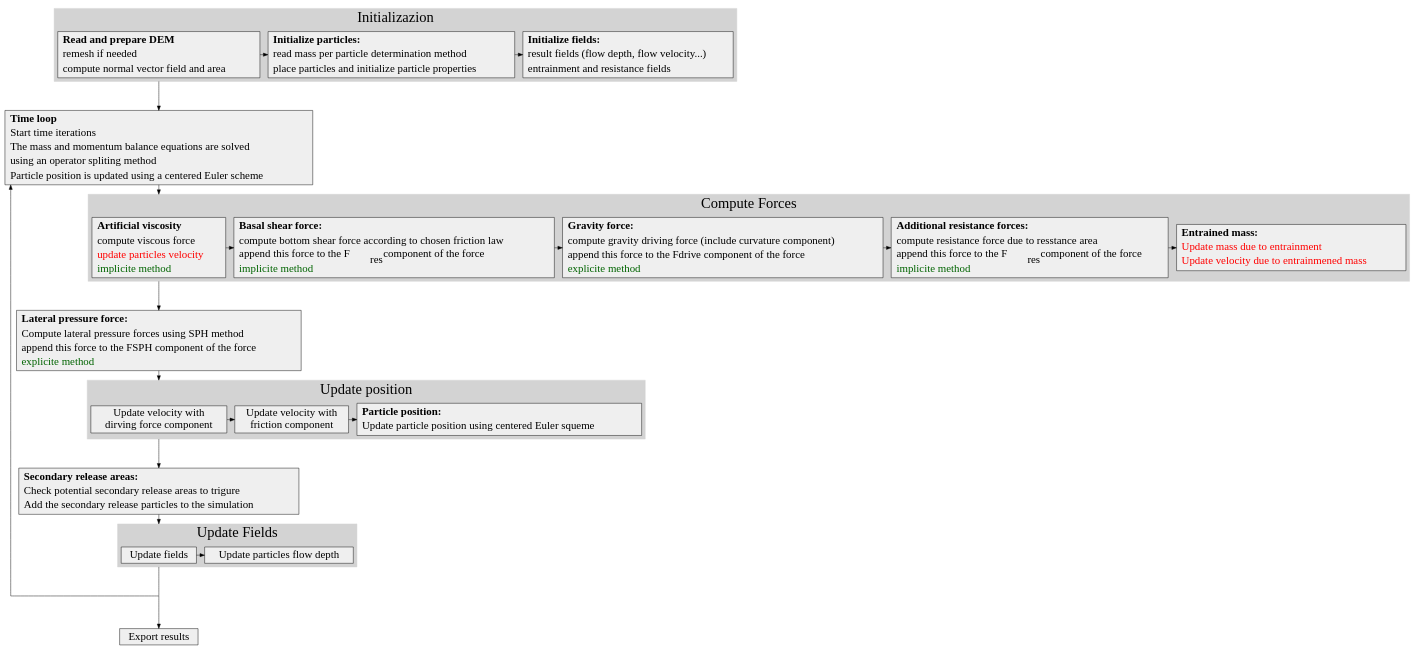
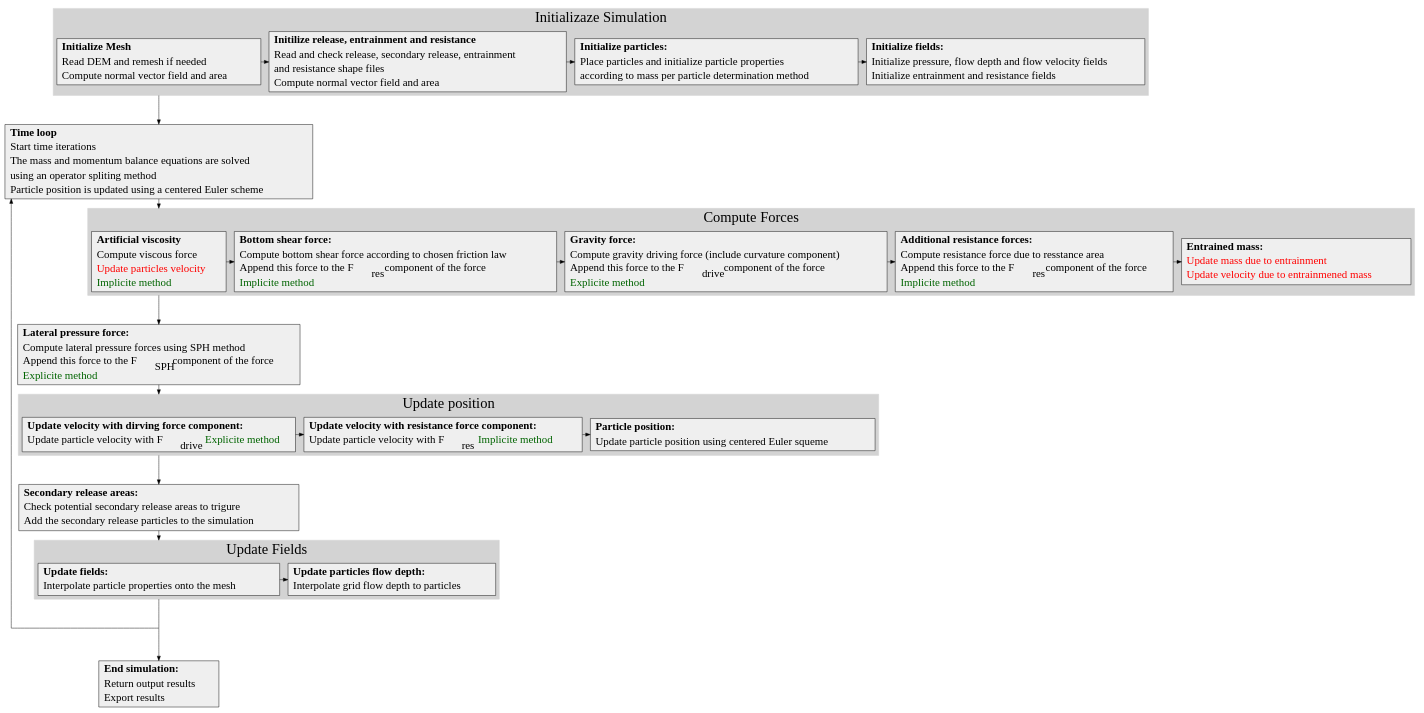
Before and after one commit to avaframe/AvaFrame: the diagram in docs/com1DFAAlgorithmGraph.dot, drawn with Graphviz. The commit also changed 1 other file, not shown here.

Commit message:
update graph

```diff
--- a/docs/com1DFAAlgorithmGraph.dot
+++ b/docs/com1DFAAlgorithmGraph.dot
@@ -10,23 +10,31 @@
 
   prepareMesh [label=<
    <table border="0" cellborder="0" cellspacing="1">
-     <tr><td align="left"><b>Read and prepare DEM</b></td></tr>
-     <tr><td align="left">remesh if needed</td></tr>
-     <tr><td align="left" >compute normal vector field and area</td></tr>
-    </table>>, href="../com1DFAAlgorithm.html#read-and-prepare-dem" tooltip="Go to: Read and prepare DEM" target="_blank"];
+     <tr><td align="left"><b>Initialize Mesh</b></td></tr>
+     <tr><td align="left">Read DEM and remesh if needed</td></tr>
+     <tr><td align="left" >Compute normal vector field and area</td></tr>
+    </table>>, href="../com1DFAAlgorithm.html#read-and-prepare-dem" tooltip="Go to: initialize mesh" target="_blank"];
+
+  prepareAreas [label=<
+   <table border="0" cellborder="0" cellspacing="1">
+     <tr><td align="left"><b>Initilize release, entrainment and resistance</b></td></tr>
+     <tr><td align="left">Read and check release, secondary release, entrainment</td></tr>
+     <tr><td align="left">and resistance shape files</td></tr>
+     <tr><td align="left" >Compute normal vector field and area</td></tr>
+    </table>>, href="../com1DFAAlgorithm.html#read-and-prepare-dem" tooltip="Go to: release... initialization" target="_blank"];
 
   initializeParticles [label=<
     <table border="0" cellborder="0" cellspacing="1">
      <tr><td align="left"><b>Initialize particles:</b></td></tr>
-     <tr><td align="left">read mass per particle determination method</td></tr>
-     <tr><td align="left">place particles and initialize particle properties</td></tr>
-    </table>>];
+     <tr><td align="left">Place particles and initialize particle properties</td></tr>
+     <tr><td align="left">according to mass per particle determination method</td></tr>
+    </table>>, href="../com1DFAAlgorithm.html#initialize-particles" tooltip="Go to: particle initialization" target="_blank"];
 
   initializeFields [label=<
     <table border="0" cellborder="0" cellspacing="1">
      <tr><td align="left"><b>Initialize fields:</b></td></tr>
-     <tr><td align="left">result fields (flow depth, flow velocity...)</td></tr>
-     <tr><td align="left">entrainment and resistance fields</td></tr>
+     <tr><td align="left">Initialize pressure, flow depth and flow velocity fields</td></tr>
+     <tr><td align="left">Initialize entrainment and resistance fields</td></tr>
     </table>>, href="../com1DFAAlgorithm.html#initialize-fields" tooltip="Go to: Initialize fields" target="_blank"];
 
   timeLoop [label=<
@@ -39,70 +47,97 @@
     </table>>, href="../com1DFAAlgorithm.html#time-loop" tooltip="Go to: Time scheme" target="_blank"];
 
   endTimeLoop [width=0 shape=point label=""];
-  middleUpdatePos [width=0 shape=point label=""];
-  middleUpdateFields [width=0 shape=point label=""];
   artifViscosity [label=<
      <table border="0" cellborder="0" cellspacing="1">
        <tr><td align="left"><b>Artificial viscosity</b></td></tr>
-       <tr><td align="left">compute viscous force</td></tr>
-       <tr><td align="left"><font color="red">update particles velocity</font></td></tr>
-       <tr><td align="left"><font color="darkgreen">implicite method</font></td></tr>
+       <tr><td align="left">Compute viscous force</td></tr>
+       <tr><td align="left"><font color="red">Update particles velocity</font></td></tr>
+       <tr><td align="left"><font color="darkgreen">Implicite method</font></td></tr>
      </table>>, href="../com1DFAAlgorithm.html#artificial-viscosity" tooltip="Go to: Artificial viscosity" target="_blank"];
 
+  computeFrictForce [label=<
+     <table border="0" cellborder="0" cellspacing="1">
+        <tr><td align="left"><b>Bottom shear force:</b></td></tr>
+        <tr><td align="left" href="../theoryCom1DFA.html#friction-model" title="Go to: Friction model" target="_blank">Compute bottom shear force according to chosen friction law</td></tr>
+        <tr><td align="left" >Append this force to the F<SUB>res</SUB> component of the force</td></tr>
+        <tr><td align="left"><font color="darkgreen">Implicite method</font></td></tr>
+      </table>>];
 
   computeGravityForce [label=<
-      <table border="0" cellborder="0" cellspacing="1">
+    <table border="0" cellborder="0" cellspacing="1">
        <tr><td align="left"><b>Gravity force:</b></td></tr>
-       <tr><td align="left">compute gravity driving force (include curvature component)</td></tr>
-       <tr><td align="left" >append this force to the Fdrive component of the force</td></tr>
-       <tr><td align="left"><font color="darkgreen">explicite method</font></td></tr>
+       <tr><td align="left">Compute gravity driving force (include curvature component)</td></tr>
+       <tr><td align="left" >Append this force to the F<SUB>drive</SUB> component of the force</td></tr>
+       <tr><td align="left"><font color="darkgreen">Explicite method</font></td></tr>
      </table>>, href="../com1DFAAlgorithm.html#gravity-force" tooltip="Go to: Gravity force" target="_blank"];
 
-  computeFrictForce [label=<
-      <table border="0" cellborder="0" cellspacing="1">
-       <tr><td align="left"><b>Basal shear force:</b></td></tr>
-       <tr><td align="left" href="../theoryCom1DFA.html#friction-model" target="_blank">compute bottom shear force according to chosen friction law</td></tr>
-       <tr><td align="left" >append this force to the F<SUB>res</SUB> component of the force</td></tr>
-       <tr><td align="left" href="../theoryCom1DFA.html#friction-model" target="_blank"><font color="darkgreen">implicite method</font></td></tr>
-     </table>>];
-  computeResForce [label="Compute resistance forces"];
   computeResForce [label=<
       <table border="0" cellborder="0" cellspacing="1">
        <tr><td align="left"><b>Additional resistance forces:</b></td></tr>
-       <tr><td align="left" href="../theoryCom1DFA.html#resistance" target="_blank">compute resistance force due to resstance area</td></tr>
-       <tr><td align="left" >append this force to the F<SUB>res</SUB> component of the force</td></tr>
-       <tr><td align="left" href="../theoryCom1DFA.html#resistance" target="_blank"><font color="darkgreen">implicite method</font></td></tr>
+       <tr><td align="left" href="../theoryCom1DFA.html#resistance" title="Go to: Resistance force" target="_blank">Compute resistance force due to resstance area</td></tr>
+       <tr><td align="left" >Append this force to the F<SUB>res</SUB> component of the force</td></tr>
+       <tr><td align="left"><font color="darkgreen">Implicite method</font></td></tr>
      </table>>];
   updateMassEntr [label=<
       <table border="0" cellborder="0" cellspacing="1">
        <tr><td align="left"><b>Entrained mass:</b></td></tr>
        <tr><td align="left" href="../theoryCom1DFA.html#entrainment" target="_blank"><font color="red">Update mass due to entrainment</font></td></tr>
        <tr><td align="left" ><font color="red">Update velocity due to entrainmened mass</font></td></tr>
-    </table>>];
-  computeSPHForce [label="Compute lateral pressure forces"];
+    </table>>, href="../com1DFAAlgorithm.html#entrained-mass" tooltip="Go to: Add entrained mass" target="_blank"];
+
   computeSPHForce [label=<
       <table border="0" cellborder="0" cellspacing="1">
        <tr><td align="left"><b>Lateral pressure force:</b></td></tr>
-       <tr><td align="left" href="../DFAnumerics.html#sph-gradient" target="_blank">Compute lateral pressure forces using SPH method</td></tr>
-       <tr><td align="left" >append this force to the FSPH component of the force</td></tr>
-       <tr><td align="left"><font color="darkgreen">explicite method</font></td></tr>
+       <tr><td align="left" href="../DFAnumerics.html#sph-gradient" title="Go to: Add lateral pressure force" target="_blank">Compute lateral pressure forces using SPH method</td></tr>
+       <tr><td align="left" >Append this force to the F<SUB>SPH</SUB> component of the force</td></tr>
+       <tr><td align="left"><font color="darkgreen">Explicite method</font></td></tr>
      </table>>];
-  updateVelocityDrive [label="Update velocity with \n dirving force component"];
-  updateVelocityFrict [label="Update velocity with \n friction component"];
+
+  updateVelocityDrive [label=<
+    <table border="0" cellborder="0" cellspacing="1">
+       <tr><td align="left"><b>Update velocity with dirving force component:</b></td></tr>
+       <tr><td align="left" >Update particle velocity with F<SUB>drive</SUB> <font color="darkgreen">Explicite method</font></td></tr>
+       <tr><td align="left"></td></tr>
+    </table>>, href="../com1DFAAlgorithm.html#update-position" tooltip="Go to: Update Position" target="_blank"];
+
+  updateVelocityFrict [label=<
+    <table border="0" cellborder="0" cellspacing="1">
+       <tr><td align="left"><b>Update velocity with resistance force component:</b></td></tr>
+       <tr><td align="left" >Update particle velocity with F<SUB>res</SUB> <font color="darkgreen">Implicite method</font></td></tr>
+       <tr><td align="left"></td></tr>
+    </table>>, href="../com1DFAAlgorithm.html#update-position" tooltip="Go to: Update Position" target="_blank"];
+
   updatePartPos [label=<
       <table border="0" cellborder="0" cellspacing="1">
        <tr><td align="left"><b>Particle position:</b></td></tr>
        <tr><td align="left">Update particle position using centered Euler squeme</td></tr>
-     </table>>];
+     </table>>, href="../com1DFAAlgorithm.html#update-position" tooltip="Go to: Update Position" target="_blank"];
+
   addSecRelease [label=<
       <table border="0" cellborder="0" cellspacing="1">
        <tr><td align="left"><b>Secondary release areas:</b></td></tr>
        <tr><td align="left" >Check potential secondary release areas to trigure</td></tr>
        <tr><td align="left" >Add the secondary release particles to the simulation</td></tr>
-     </table>>];
-  updateFields [label="Update fields"];
-  updateParticlesFlowDepth [label="Update particles flow depth"];
-  exportResults [label="Export results"];
+     </table>>, href="../com1DFAAlgorithm.html#secondary-release" tooltip="Go to: Secondary release" target="_blank"];
+
+  updateFields [label=<
+    <table border="0" cellborder="0" cellspacing="1">
+       <tr><td align="left"><b>Update fields:</b></td></tr>
+       <tr><td align="left" >Interpolate particle properties onto the mesh</td></tr>
+    </table>>, href="../com1DFAAlgorithm.html#update-fields" tooltip="Go to: Update fields" target="_blank"];
+
+  updateParticlesFlowDepth [label=<
+    <table border="0" cellborder="0" cellspacing="1">
+       <tr><td align="left"><b>Update particles flow depth:</b></td></tr>
+       <tr><td align="left" >Interpolate grid flow depth to particles</td></tr>
+    </table>>, href="../com1DFAAlgorithm.html#update-fields" tooltip="Go to: Update fields" target="_blank"];
+
+  endSimulation [label=<
+    <table border="0" cellborder="0" cellspacing="1">
+       <tr><td align="left"><b>End simulation:</b></td></tr>
+       <tr><td align="left" >Return output results</td></tr>
+       <tr><td align="left" >Export results</td></tr>
+    </table>>, href="../com1DFAAlgorithm.html#simulation-outputs" tooltip="Go to: Simulation outputs" target="_blank"];
 
 
   /* start -> prepareMesh [lhead=cluster_initialization]; */
@@ -113,7 +148,7 @@
   updateVelocityDrive -> addSecRelease [weight=10,ltail=cluster_2];
   addSecRelease -> updateFields [weight=10,lhead=cluster_3];
   updateFields -> endTimeLoop [weight=10,ltail=cluster_3, arrowhead=none];
-  endTimeLoop -> exportResults [weight=10];
+  endTimeLoop -> endSimulation [weight=10];
   endTimeLoop -> timeLoop [weight=1, constraint=false];
   /* computeFrictForce -> updateVelocityFrict[constraint=false];
   computeResForce -> updateVelocityFrict [constraint=false];
@@ -125,9 +160,10 @@
     rank=same;
     style=filled;
     color=lightgrey;
-    prepareMesh -> initializeParticles;
+    prepareMesh -> prepareAreas
+    prepareAreas -> initializeParticles;
     initializeParticles -> initializeFields;
-    label = "Initializazion";
+    label = "Initializaze Simulation";
   }
 
   subgraph cluster_Forces {
@@ -145,7 +181,7 @@
     rank=same;
     updateVelocityDrive -> updateVelocityFrict [weight=10];
     updateVelocityFrict -> updatePartPos [weight=10];
-
+    href="../com1DFAAlgorithm.html#update-position" tooltip="Go to: Update Position" target="_blank"
     label = "Update position";
     style=filled;
     color=lightgrey;
```
